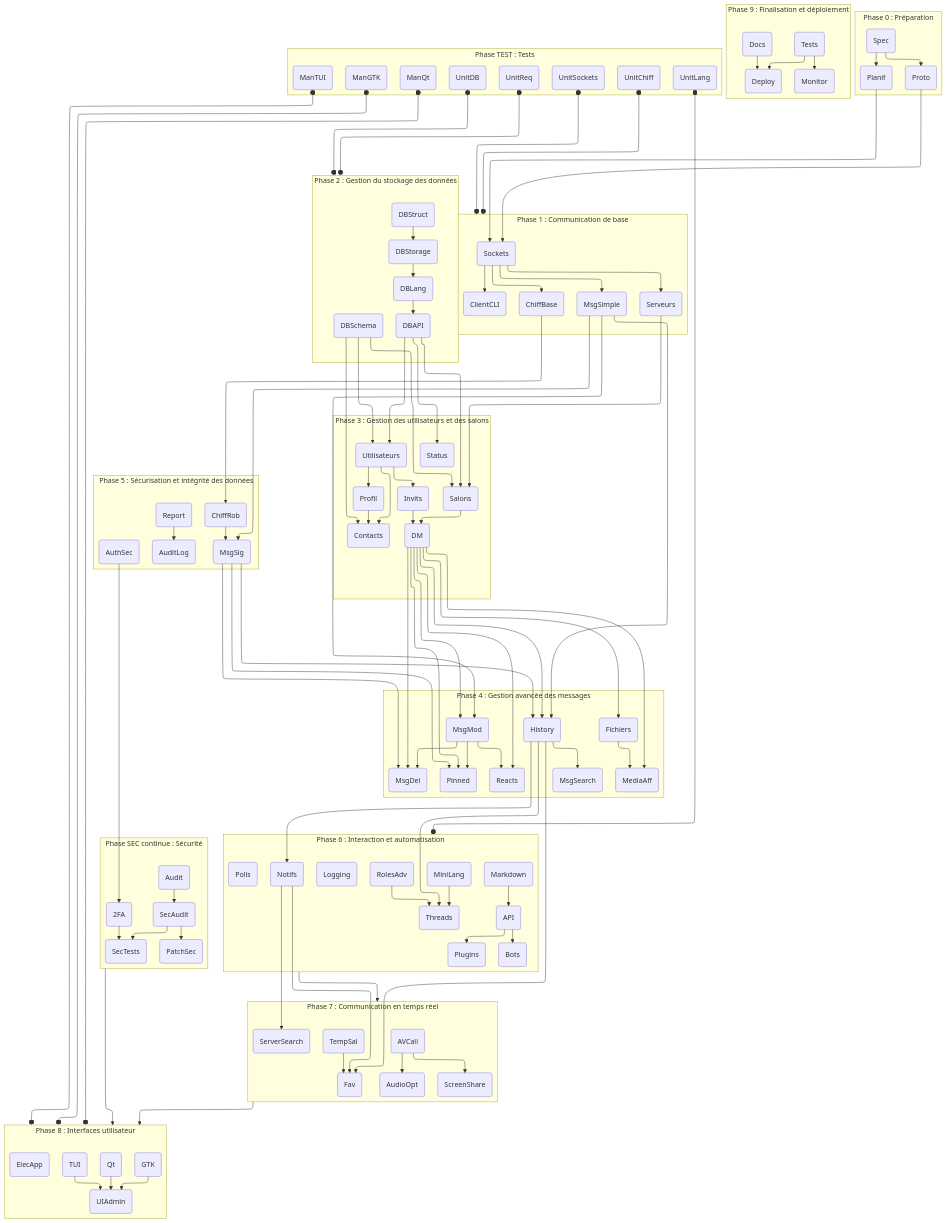
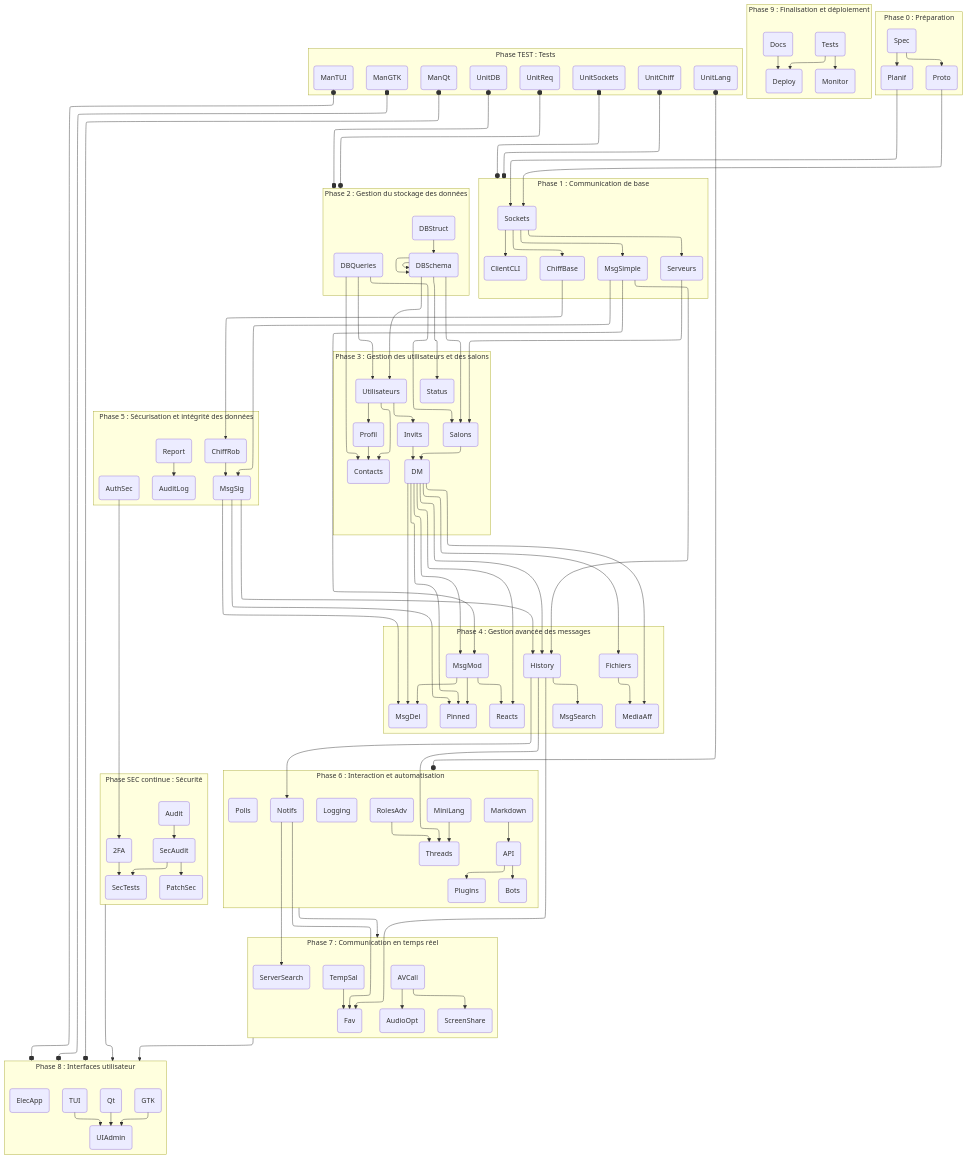
The diagram in PLAN.md (Skylord65/Diskorde-messagerie), drawn with Mermaid before and after one commit. The commit also changed other lines of this file and 9 other files, not shown here.

```diff
--- a/PLAN.md
+++ b/PLAN.md
@@ -133,10 +129,8 @@
 
 subgraph P2["Phase 2 : Gestion du stockage des données"]
   T2_0(DBStruct)
-  T2_1(DBStorage)
-  T2_2(DBLang)
-  T2_3(DBAPI)
-  T2_4(DBSchema)
+  T2_1(DBSchema)
+  T2_2(DBQueries)
 end
 
 subgraph P3["Phase 3 : Gestion des utilisateurs et des salons"]
@@ -238,14 +232,14 @@
 T1_3 --> T5_2
 T1_4 --> T3_1
 T2_0 --> T2_1
-T2_1 --> T2_2
-T2_2 --> T2_3
-T2_4 --> T3_0
-T2_4 --> T3_1
-T2_4 --> T3_2
-T2_3 --> T3_0
-T2_3 --> T3_1
-T2_3 --> T3_3
+T2_1 --> T2_1
+T2_1 --> T2_1
+T2_2 --> T3_0
+T2_2 --> T3_1
+T2_2 --> T3_2
+T2_1 --> T3_0
+T2_1 --> T3_1
+T2_1 --> T3_3
 T3_0 --> T3_2
 T3_0 --> T3_4
 T3_0 --> T3_5
```
